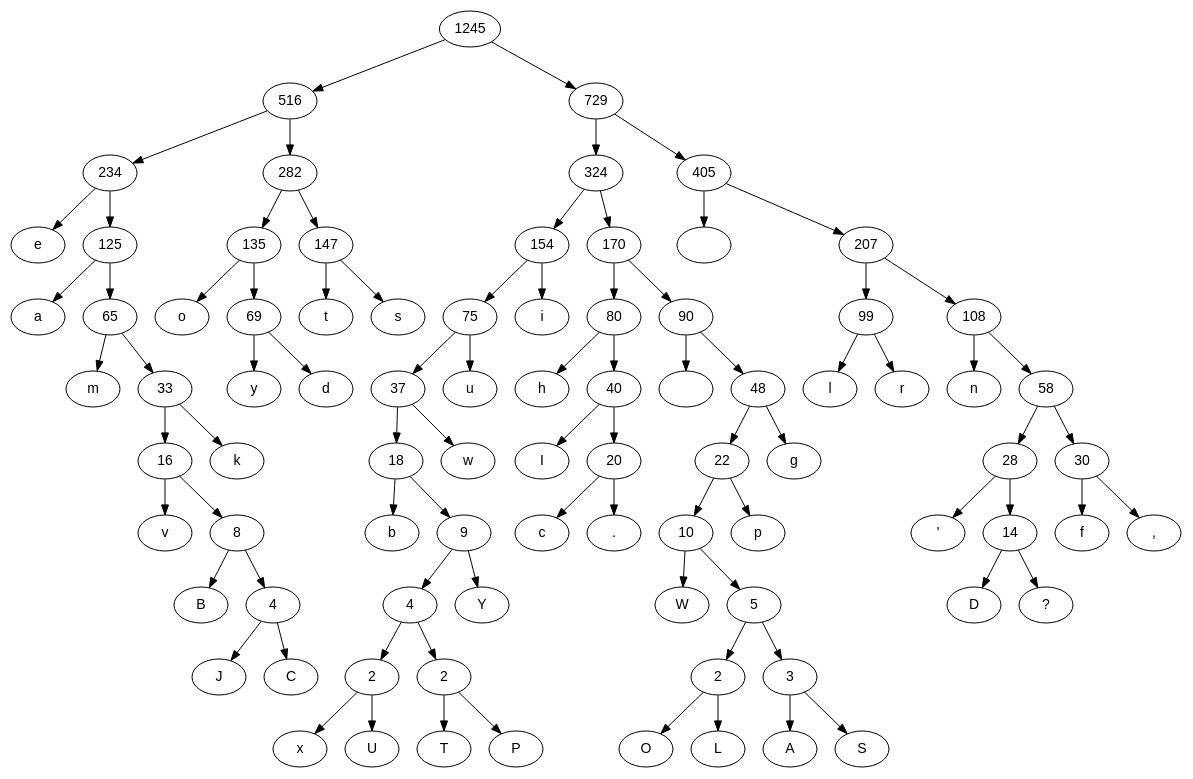
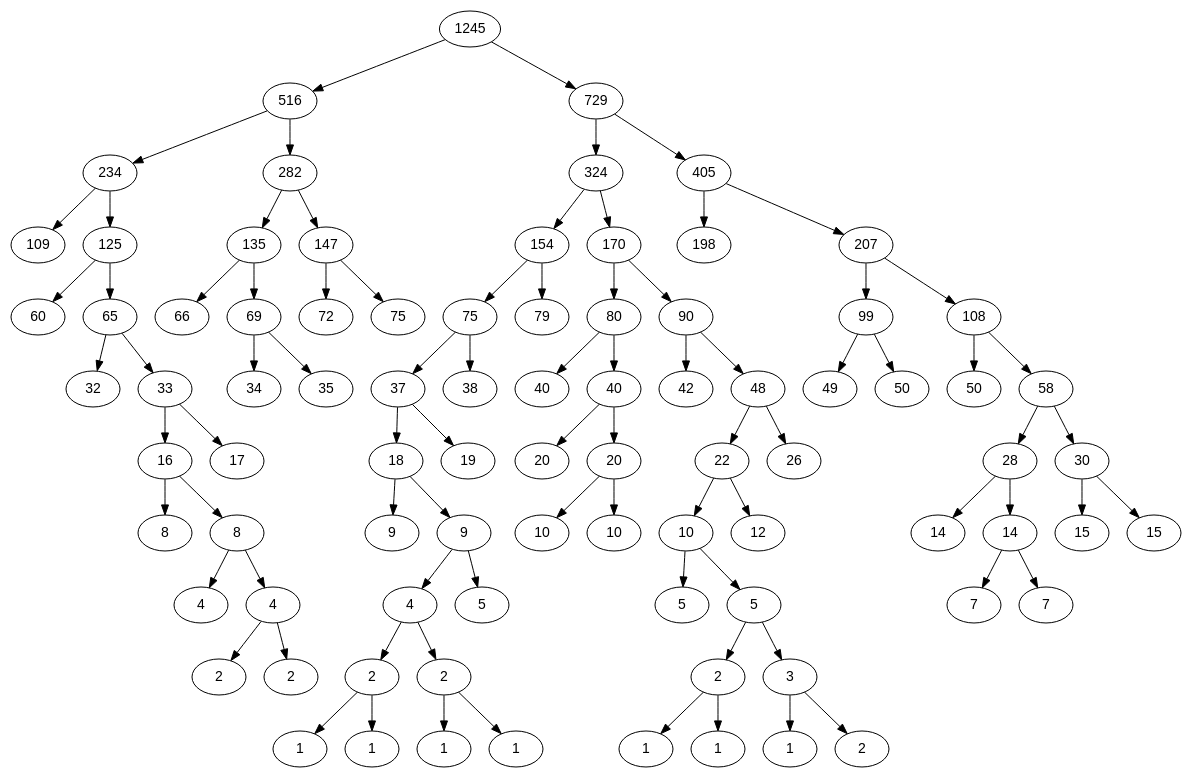
Before and after one commit to lukas-hen/compRS: the diagram in resources/test.dot, drawn with Graphviz. The commit also changed 3 other files, not shown here.

```diff
--- a/resources/test.dot
+++ b/resources/test.dot
@@ -1,131 +1,130 @@
 digraph BST {
 	node [fontname="Arial"]
-	l9 [ label = "x" ];
-	l10 [ label = "U" ];
-	l19 [ label = "T" ];
-	l30 [ label = "P" ];
-	l24 [ label = "O" ];
-	l25 [ label = "L" ];
-	l4 [ label = "A" ];
-	l35 [ label = "S" ];
-	l31 [ label = "J" ];
-	l6 [ label = "C" ];
+	l5 [ label = "1" ];
+	l39 [ label = "1" ];
+	l26 [ label = "1" ];
+	l36 [ label = "1" ];
+	l27 [ label = "1" ];
+	l9 [ label = "1" ];
+	l13 [ label = "1" ];
+	l34 [ label = "2" ];
+	l33 [ label = "2" ];
+	l4 [ label = "2" ];
 	l43 [ label = "2" ];
 	l44 [ label = "2" ];
 	l45 [ label = "2" ];
 	l46 [ label = "3" ];
-	l27 [ label = "B" ];
+	l18 [ label = "4" ];
 	l47 [ label = "4" ];
 	l48 [ label = "4" ];
-	l42 [ label = "Y" ];
-	l17 [ label = "W" ];
+	l15 [ label = "5" ];
+	l17 [ label = "5" ];
 	l49 [ label = "5" ];
-	l32 [ label = "D" ];
-	l41 [ label = "?" ];
-	l5 [ label = "v" ];
+	l3 [ label = "7" ];
+	l24 [ label = "7" ];
+	l22 [ label = "8" ];
 	l50 [ label = "8" ];
-	l14 [ label = "b" ];
+	l8 [ label = "9" ];
 	l51 [ label = "9" ];
-	l8 [ label = "c" ];
-	l13 [ label = "." ];
+	l30 [ label = "10" ];
+	l14 [ label = "10" ];
 	l52 [ label = "10" ];
-	l15 [ label = "p" ];
-	l37 [ label = "'" ];
+	l11 [ label = "12" ];
+	l21 [ label = "14" ];
 	l53 [ label = "14" ];
-	l1 [ label = "f" ];
-	l29 [ label = "," ];
+	l6 [ label = "15" ];
+	l42 [ label = "15" ];
 	l54 [ label = "16" ];
-	l39 [ label = "k" ];
+	l16 [ label = "17" ];
 	l55 [ label = "18" ];
-	l33 [ label = "w" ];
-	l18 [ label = "I" ];
+	l10 [ label = "19" ];
+	l19 [ label = "20" ];
 	l56 [ label = "20" ];
 	l57 [ label = "22" ];
-	l11 [ label = "g" ];
+	l28 [ label = "26" ];
 	l58 [ label = "28" ];
 	l59 [ label = "30" ];
-	l40 [ label = "m" ];
+	l23 [ label = "32" ];
 	l60 [ label = "33" ];
-	l38 [ label = "y" ];
-	l22 [ label = "d" ];
+	l12 [ label = "34" ];
+	l2 [ label = "35" ];
 	l61 [ label = "37" ];
-	l21 [ label = "u" ];
-	l16 [ label = "h" ];
+	l31 [ label = "38" ];
+	l7 [ label = "40" ];
 	l62 [ label = "40" ];
-	l36 [ label = "
-" ];
+	l25 [ label = "42" ];
 	l63 [ label = "48" ];
-	l20 [ label = "l" ];
-	l23 [ label = "r" ];
-	l34 [ label = "n" ];
+	l41 [ label = "49" ];
+	l32 [ label = "50" ];
+	l20 [ label = "50" ];
 	l64 [ label = "58" ];
-	l2 [ label = "a" ];
+	l1 [ label = "60" ];
 	l65 [ label = "65" ];
-	l0 [ label = "o" ];
+	l37 [ label = "66" ];
 	l66 [ label = "69" ];
-	l7 [ label = "t" ];
-	l12 [ label = "s" ];
+	l40 [ label = "72" ];
+	l38 [ label = "75" ];
 	l67 [ label = "75" ];
-	l3 [ label = "i" ];
+	l35 [ label = "79" ];
 	l68 [ label = "80" ];
 	l69 [ label = "90" ];
 	l70 [ label = "99" ];
 	l71 [ label = "108" ];
-	l28 [ label = "e" ];
+	l0 [ label = "109" ];
 	l72 [ label = "125" ];
 	l73 [ label = "135" ];
 	l74 [ label = "147" ];
 	l75 [ label = "154" ];
 	l76 [ label = "170" ];
-	l26 [ label = " " ];
+	l29 [ label = "198" ];
 	l77 [ label = "207" ];
 	l78 [ label = "234" ];
 	l79 [ label = "282" ];
 	l80 [ label = "324" ];
 	l81 [ label = "405" ];
 	l82 [ label = "516" ];
 	l83 [ label = "729" ];
 	l84 [ label = "1245" ];
-	l43 -> { l9 l10 };
-	l44 -> { l19 l30 };
-	l45 -> { l24 l25 };
-	l46 -> { l4 l35 };
-	l47 -> { l31 l6 };
+	l43 -> { l5 l39 };
+	l44 -> { l26 l36 };
+	l45 -> { l27 l9 };
+	l46 -> { l13 l34 };
+	l47 -> { l33 l4 };
 	l48 -> { l43 l44 };
 	l49 -> { l45 l46 };
-	l50 -> { l27 l47 };
-	l51 -> { l48 l42 };
+	l50 -> { l18 l47 };
+	l51 -> { l48 l15 };
 	l52 -> { l17 l49 };
-	l53 -> { l32 l41 };
-	l54 -> { l5 l50 };
-	l55 -> { l14 l51 };
-	l56 -> { l8 l13 };
-	l57 -> { l52 l15 };
-	l58 -> { l37 l53 };
-	l59 -> { l1 l29 };
-	l60 -> { l54 l39 };
-	l61 -> { l55 l33 };
-	l62 -> { l18 l56 };
-	l63 -> { l57 l11 };
+	l53 -> { l3 l24 };
+	l54 -> { l22 l50 };
+	l55 -> { l8 l51 };
+	l56 -> { l30 l14 };
+	l57 -> { l52 l11 };
+	l58 -> { l21 l53 };
+	l59 -> { l6 l42 };
+	l60 -> { l54 l16 };
+	l61 -> { l55 l10 };
+	l62 -> { l19 l56 };
+	l63 -> { l57 l28 };
 	l64 -> { l58 l59 };
-	l65 -> { l40 l60 };
-	l66 -> { l38 l22 };
-	l67 -> { l61 l21 };
-	l68 -> { l16 l62 };
-	l69 -> { l36 l63 };
-	l70 -> { l20 l23 };
-	l71 -> { l34 l64 };
-	l72 -> { l2 l65 };
-	l73 -> { l0 l66 };
-	l74 -> { l7 l12 };
-	l75 -> { l67 l3 };
+	l65 -> { l23 l60 };
+	l66 -> { l12 l2 };
+	l67 -> { l61 l31 };
+	l68 -> { l7 l62 };
+	l69 -> { l25 l63 };
+	l70 -> { l41 l32 };
+	l71 -> { l20 l64 };
+	l72 -> { l1 l65 };
+	l73 -> { l37 l66 };
+	l74 -> { l40 l38 };
+	l75 -> { l67 l35 };
 	l76 -> { l68 l69 };
 	l77 -> { l70 l71 };
-	l78 -> { l28 l72 };
+	l78 -> { l0 l72 };
 	l79 -> { l73 l74 };
 	l80 -> { l75 l76 };
-	l81 -> { l26 l77 };
+	l81 -> { l29 l77 };
 	l82 -> { l78 l79 };
 	l83 -> { l80 l81 };
 	l84 -> { l82 l83 };
 }
```
